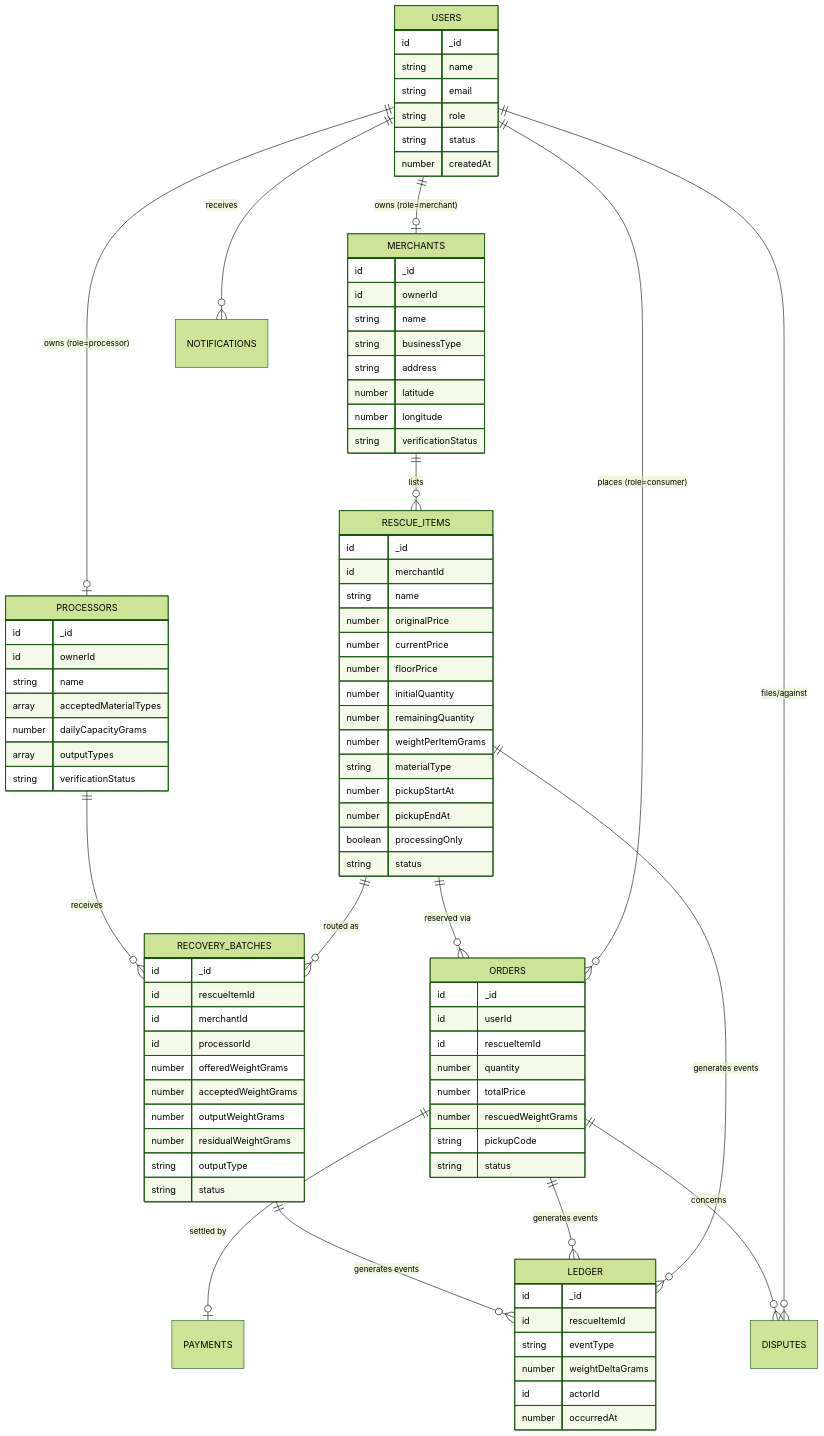
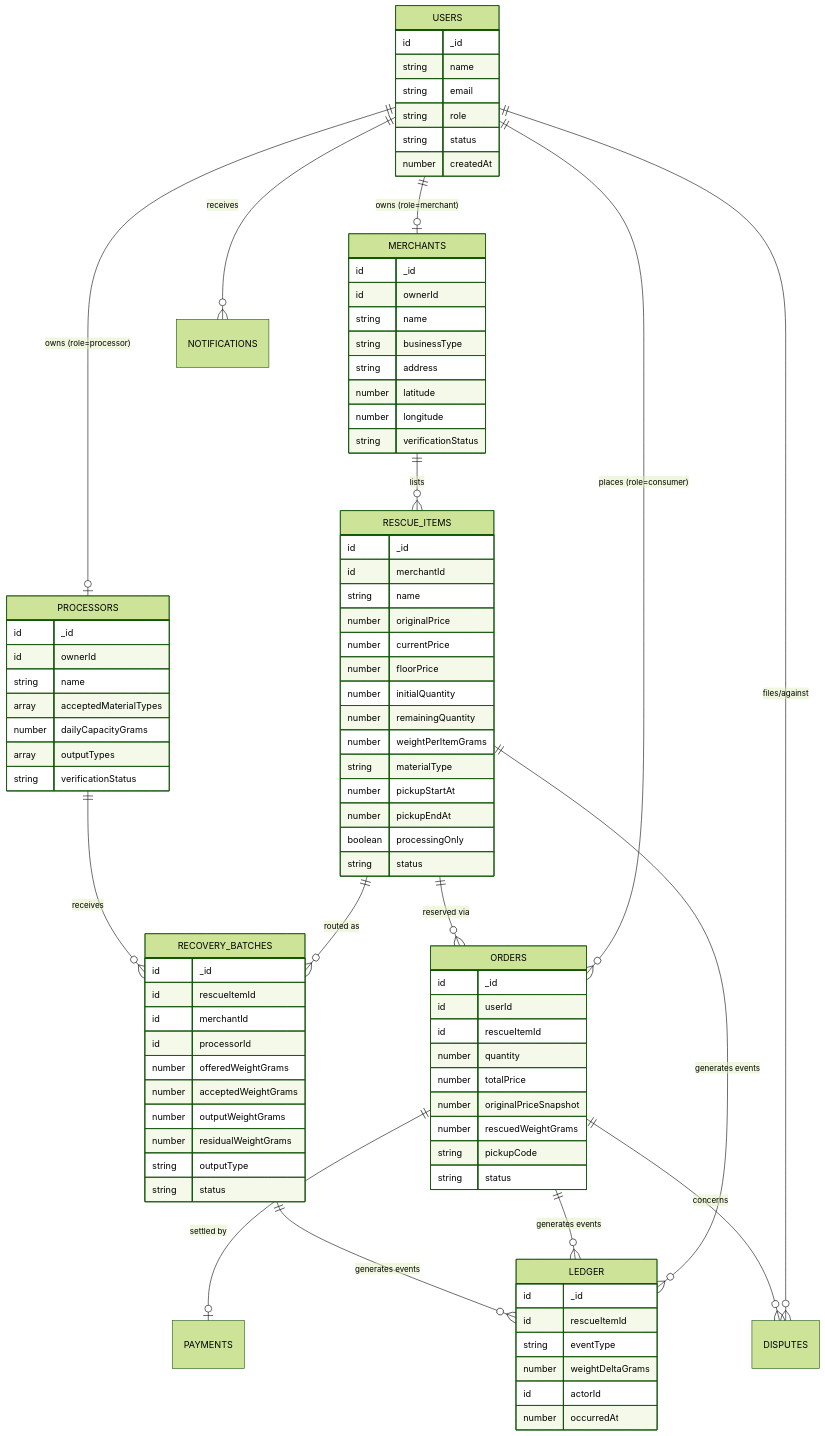
One commit to 201dev/cirquo changed the first of 2 diagrams in docs/domain/DATA_MODEL.md. Above: the diagram before and after it, drawn with Mermaid (forest theme). The commit also changed other lines of this file and 20 other files, not shown here.

```diff
--- a/docs/domain/DATA_MODEL.md
+++ b/docs/domain/DATA_MODEL.md
@@ -84,6 +84,7 @@
         id rescueItemId
         number quantity
         number totalPrice
+        number originalPriceSnapshot
         number rescuedWeightGrams
         string pickupCode
         string status
```
